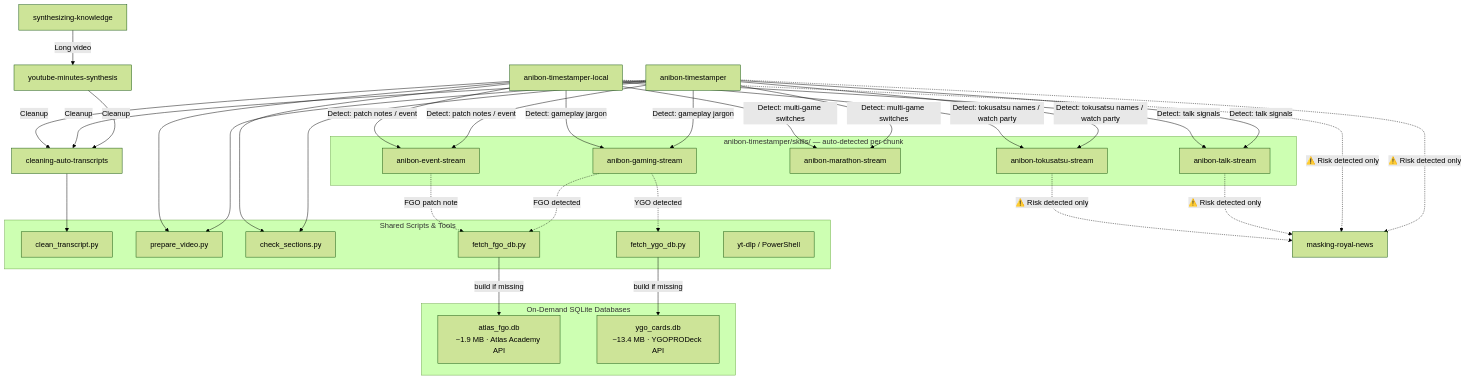
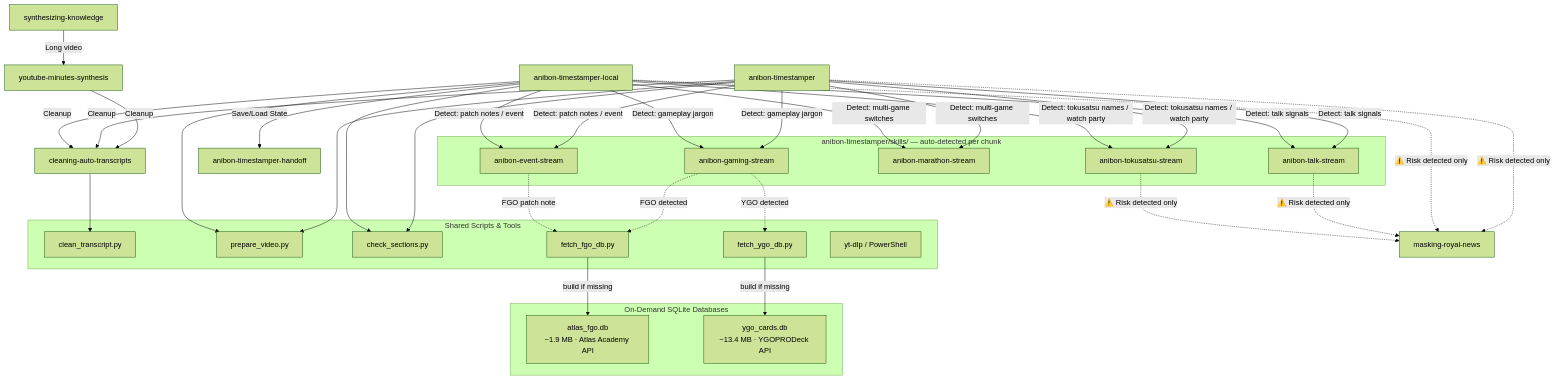
The diagram in README.md (ZenitHTH/anibon-stream-synthesis), drawn with Mermaid (forest theme) before and after one commit. The commit also changed other lines of this file and 2 other files, not shown here.

Commit message:
Add anibon-timestamper-handoff skill for local AI session state saving and loading, and update local timestamper rules and README.md

````diff
--- a/README.md
+++ b/README.md
@@ -104,56 +105,57 @@
 ```mermaid
 graph TD
     SK[synthesizing-knowledge] -->|Long video| YMS[youtube-minutes-synthesis]
     YMS -->|Cleanup| CAT[cleaning-auto-transcripts]
     AT[anibon-timestamper] -->|Cleanup| CAT
     ATL[anibon-timestamper-local] -->|Cleanup| CAT
+    ATL -->|Save/Load State| ATH[anibon-timestamper-handoff]
     AT -.->|"⚠️ Risk detected only"| MRN[masking-royal-news]
     ATL -.->|"⚠️ Risk detected only"| MRN
 
     subgraph "anibon-timestamper/skills/ — auto-detected per chunk"
         TS[anibon-talk-stream]
         GS[anibon-gaming-stream]
         MS[anibon-marathon-stream]
         ES[anibon-event-stream]
         TK[anibon-tokusatsu-stream]
     end
 
     AT -->|Detect: talk signals| TS
     AT -->|Detect: gameplay jargon| GS
     AT -->|Detect: multi-game switches| MS
     AT -->|Detect: patch notes / event| ES
     AT -->|Detect: tokusatsu names / watch party| TK
     
     ATL -->|Detect: talk signals| TS
     ATL -->|Detect: gameplay jargon| GS
     ATL -->|Detect: multi-game switches| MS
     ATL -->|Detect: patch notes / event| ES
     ATL -->|Detect: tokusatsu names / watch party| TK
     
     TS -.->|"⚠️ Risk detected only"| MRN
     TK -.->|"⚠️ Risk detected only"| MRN
 
     subgraph "Shared Scripts & Tools"
         CT[clean_transcript.py]
         PV[prepare_video.py]
         CS[check_sections.py]
         FGO[fetch_fgo_db.py]
         YGO[fetch_ygo_db.py]
         Native[yt-dlp / PowerShell]
     end
     CAT --> CT
     AT --> PV
     ATL --> PV
     AT --> CS
     ATL --> CS
 
     subgraph "On-Demand SQLite Databases"
         FGODB["atlas_fgo.db\n~1.9 MB · Atlas Academy API"]
         YGODB["ygo_cards.db\n~13.4 MB · YGOPRODeck API"]
     end
     FGO -->|"build if missing"| FGODB
     YGO -->|"build if missing"| YGODB
     GS -.->|"FGO detected"| FGO
     GS -.->|"YGO detected"| YGO
     ES -.->|"FGO patch note"| FGO
 ```
````
